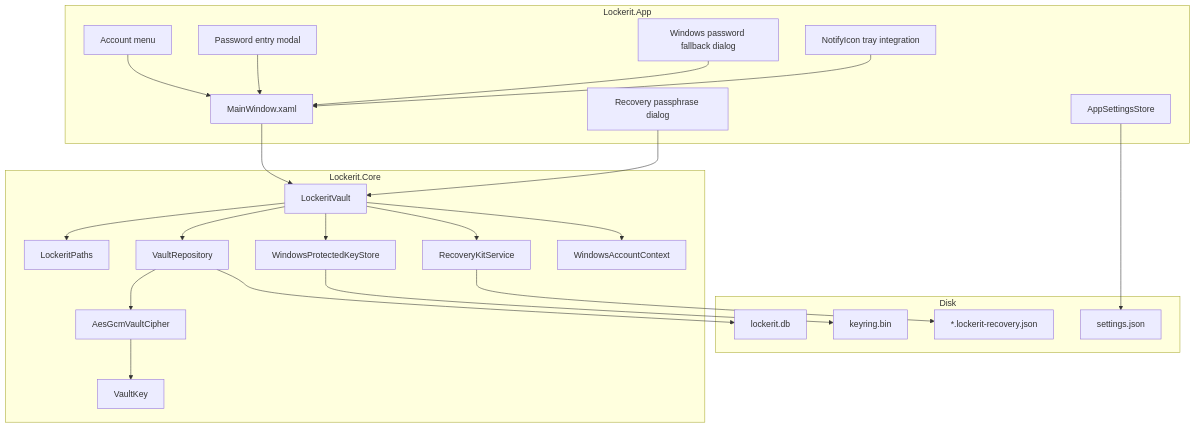
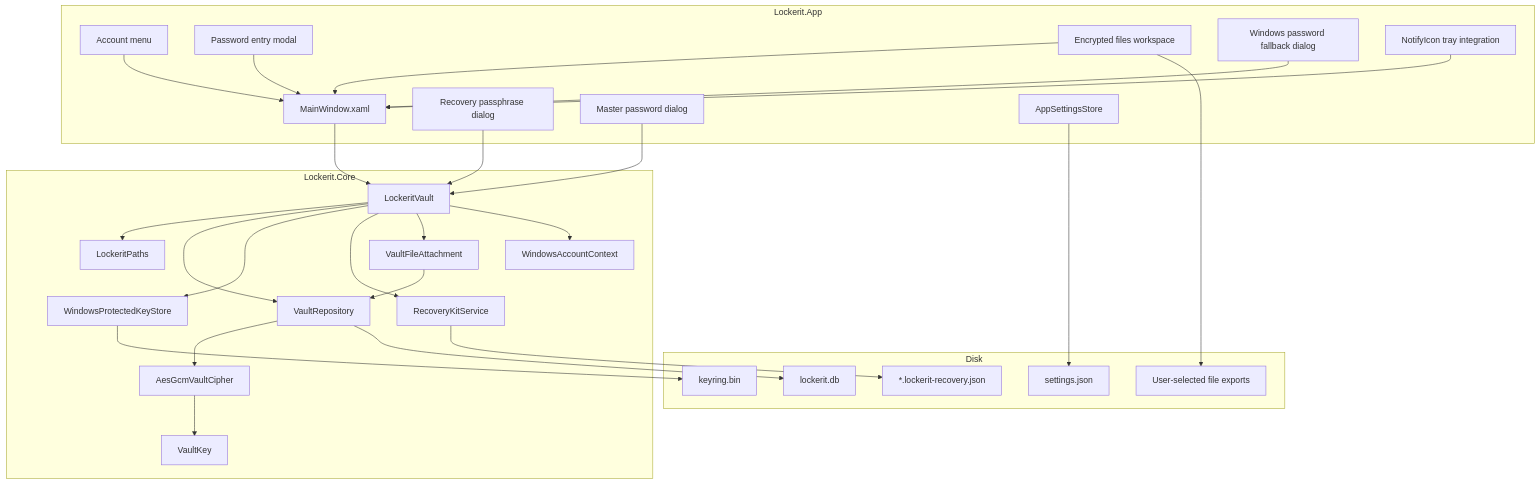
One commit to viamus/locker-it changed the first of 2 diagrams in .docs/architecture.md. Above: the diagram before and after it, drawn with Mermaid. The commit also changed other lines of this file and 23 other files, not shown here.

````diff
--- a/.docs/architecture.md
+++ b/.docs/architecture.md
@@ -16,48 +16,57 @@
 ```mermaid
 flowchart TB
     subgraph App["Lockerit.App"]
         MainWindow["MainWindow.xaml"]
         AccountMenu["Account menu"]
         EntryModal["Password entry modal"]
+        FilesView["Encrypted files workspace"]
         RecoveryDialog["Recovery passphrase dialog"]
+        MasterDialog["Master password dialog"]
         WindowsDialog["Windows password fallback dialog"]
         Tray["NotifyIcon tray integration"]
         AppSettings["AppSettingsStore"]
     end
 
     subgraph Core["Lockerit.Core"]
         Facade["LockeritVault"]
         Paths["LockeritPaths"]
         Repository["VaultRepository"]
         Cipher["AesGcmVaultCipher"]
         VaultKey["VaultKey"]
         KeyStore["WindowsProtectedKeyStore"]
         Account["WindowsAccountContext"]
         Recovery["RecoveryKitService"]
+        FileModel["VaultFileAttachment"]
     end
 
     subgraph Disk["Disk"]
         SettingsFile["settings.json"]
         Database["lockerit.db"]
         Keyring["keyring.bin"]
         RecoveryKit["*.lockerit-recovery.json"]
+        ExportedFiles["User-selected file exports"]
     end
 
     MainWindow --> Facade
     EntryModal --> MainWindow
+    FilesView --> MainWindow
     AccountMenu --> MainWindow
     RecoveryDialog --> Facade
+    MasterDialog --> Facade
     WindowsDialog --> MainWindow
     Tray --> MainWindow
     AppSettings --> SettingsFile
     Facade --> Paths
     Facade --> Repository
     Facade --> KeyStore
     Facade --> Recovery
+    Facade --> FileModel
     Facade --> Account
     Repository --> Cipher
     Repository --> Database
     Cipher --> VaultKey
     KeyStore --> Keyring
     Recovery --> RecoveryKit
+    FileModel --> Repository
+    FilesView --> ExportedFiles
 ```
````
